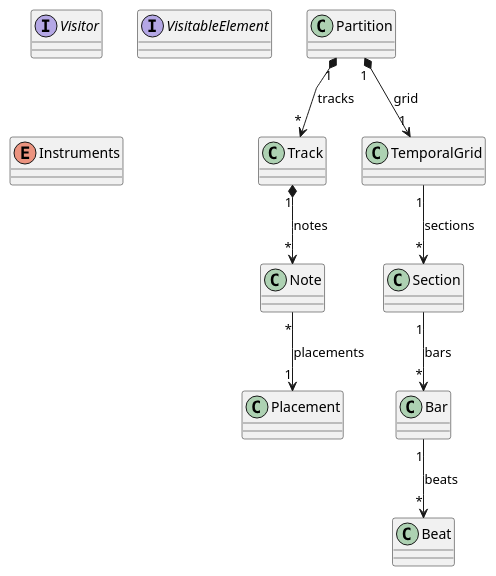
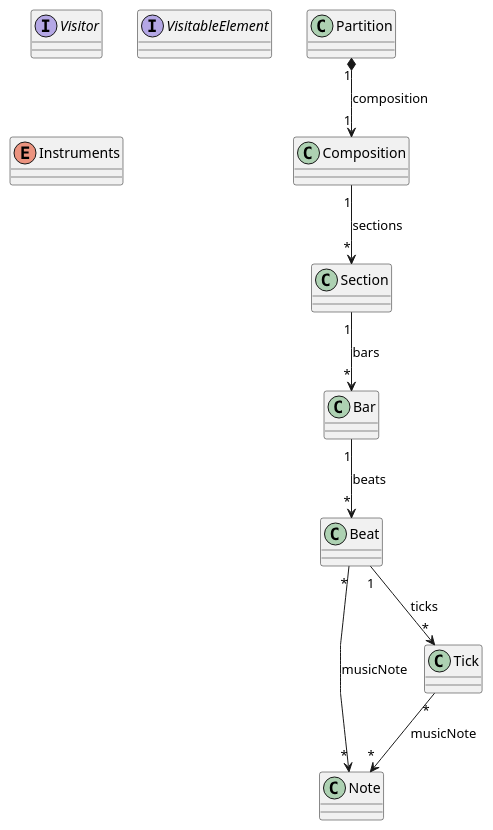
Before and after one commit to alexisgra/Rythm-ML: the diagram in kernel/kernel.plantuml, drawn with PlantUML. The commit also changed 17 other files, not shown here.

```diff
--- a/kernel/kernel.plantuml
+++ b/kernel/kernel.plantuml
@@ -1,50 +1,49 @@
 @startuml
 skinparam linetype polyline
 
 
 Interface Visitor{
 }
 Interface VisitableElement{
 }
 
 class Partition {
 }
 
 ' Tracks
-class Track {
-}
 class Note {
-}
-class Placement {
 }
 
 ' TemporalGrid
-class TemporalGrid {
+class Composition {
 }
 class Section {
 }
 class Bar {
 }
 class Beat {
 }
+class Tick {
+}
+
+
 
 ' Enum Declaration
 enum Instruments {
 
 }
 
 ' All attributes
 
-Partition "1" *--> "*" Track : tracks
-Partition "1" *--> "1" TemporalGrid : grid
+Partition "1" *--> "1" Composition : composition
 
-' Tracks
-Track "1" *--> "*" Note : notes
-Note "*" --> "1" Placement : placements
 
 ' Grid
-TemporalGrid "1" --> "*" Section : sections
+Composition "1" --> "*" Section : sections
 Section "1" --> "*" Bar : bars
 Bar "1" --> "*" Beat : beats
+Beat "1" --> "*" Tick : ticks
+Beat "*" --> "*" Note : musicNote
+Tick "*" --> "*" Note : musicNote
 
 @enduml
```
